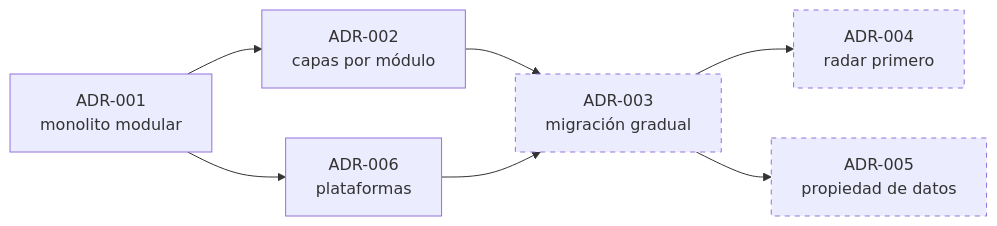
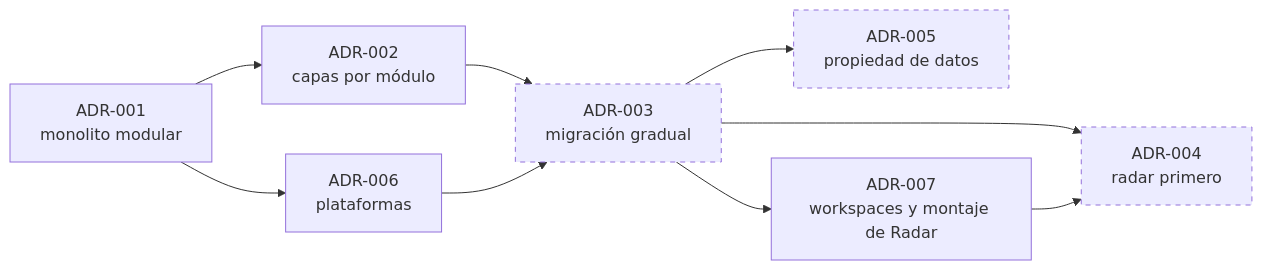
One commit to pillacarodriguezuriel-a11y/social_unsch changed the diagram in docs/06-decisiones-arquitectonicas/README.md. Above: the diagram before and after it, drawn with Mermaid. The commit also changed other lines of this file and 41 other files, not shown here.

````diff
--- a/docs/06-decisiones-arquitectonicas/README.md
+++ b/docs/06-decisiones-arquitectonicas/README.md
@@ -29,12 +30,14 @@
 ```mermaid
 flowchart LR
     A1["ADR-001<br/>monolito modular"] --> A2["ADR-002<br/>capas por módulo"]
     A1 --> A6["ADR-006<br/>plataformas"]
     A2 --> A3["ADR-003<br/>migración gradual"]
     A6 --> A3
     A3 --> A4["ADR-004<br/>radar primero"]
     A3 --> A5["ADR-005<br/>propiedad de datos"]
+    A3 --> A7["ADR-007<br/>workspaces y montaje de Radar"]
+    A7 --> A4
 
     classDef propuesto stroke-dasharray: 5 5
     class A3,A4,A5 propuesto
 ```
````
